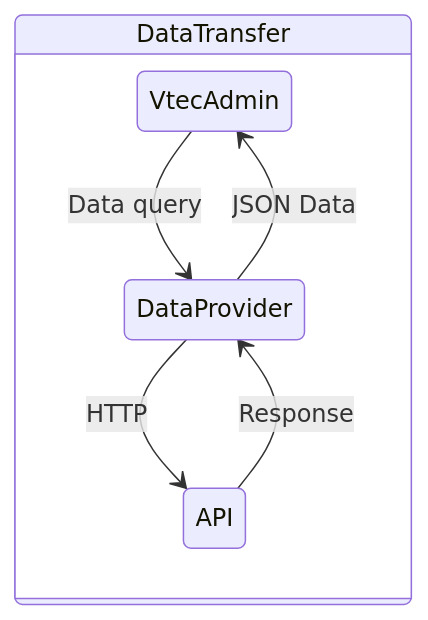
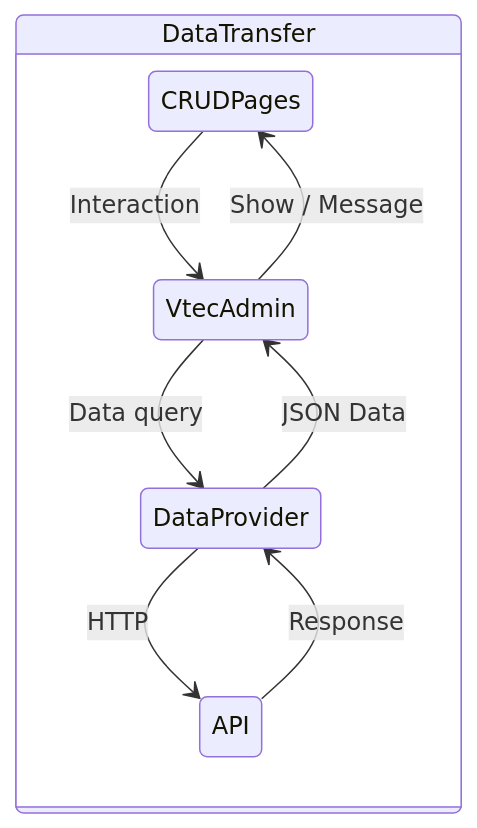
One commit to okami101/vuetify-admin changed the diagram in packages/docs/docs/.vuepress/public/diagrams/data-provider.mmd. Above: the diagram before and after it, drawn with Mermaid. The commit also changed 3 other files, not shown here.

```diff
--- a/packages/docs/docs/.vuepress/public/diagrams/data-provider.mmd
+++ b/packages/docs/docs/.vuepress/public/diagrams/data-provider.mmd
@@ -1,7 +1,9 @@
 stateDiagram
   state DataTransfer {
+    CRUDPages --> VtecAdmin: Interaction
+    VtecAdmin --> CRUDPages: Show / Message
     VtecAdmin --> DataProvider: Data query
     DataProvider --> API: HTTP
     API --> DataProvider: Response
     DataProvider --> VtecAdmin: JSON Data
   }
```
